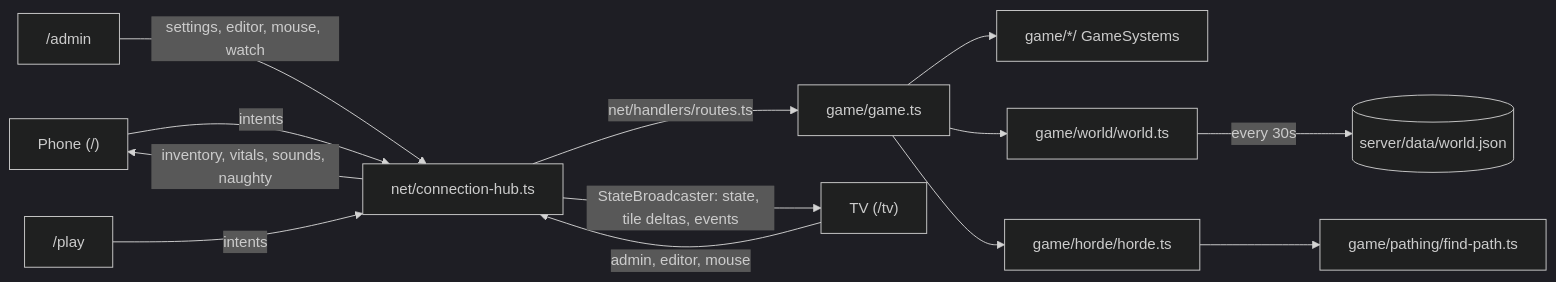
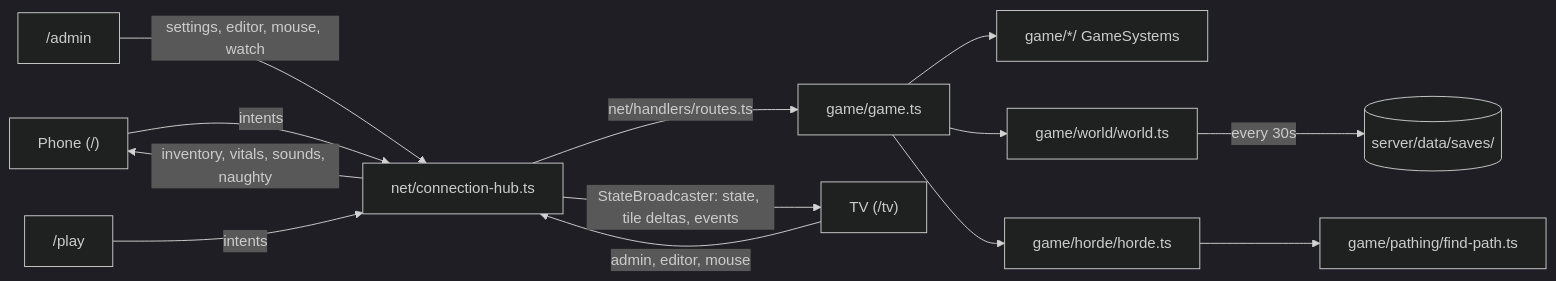
The second of 2 diagrams in docs/architecture.md (andyruwruw/grave-robbers), drawn with Mermaid (dark theme) before and after one commit. The commit also changed other lines of this file and 772 other files, not shown here.

````diff
--- a/docs/architecture.md
+++ b/docs/architecture.md
@@ -42,15 +42,15 @@
 ```mermaid
 flowchart LR
   Phone["Phone (/)"] -- intents --> Hub
   TV["TV (/tv)"] -- admin, editor, mouse --> Hub
   Admin["/admin"] -- settings, editor, mouse, watch --> Hub
   Play["/play"] -- intents --> Hub
   Hub[net/connection-hub.ts] -- "net/handlers/routes.ts" --> Game
   Game[game/game.ts] --> Systems[game/*/ GameSystems]
   Game --> World[game/world/world.ts]
   Game --> Horde[game/horde/horde.ts]
   Horde --> Pathing[game/pathing/find-path.ts]
   Hub -- "StateBroadcaster: state, tile deltas, events" --> TV
   Hub -- "inventory, vitals, sounds, naughty" --> Phone
-  World -- every 30s --> Save[(server/data/world.json)]
+  World -- every 30s --> Save[(server/data/saves/)]
 ```
````
